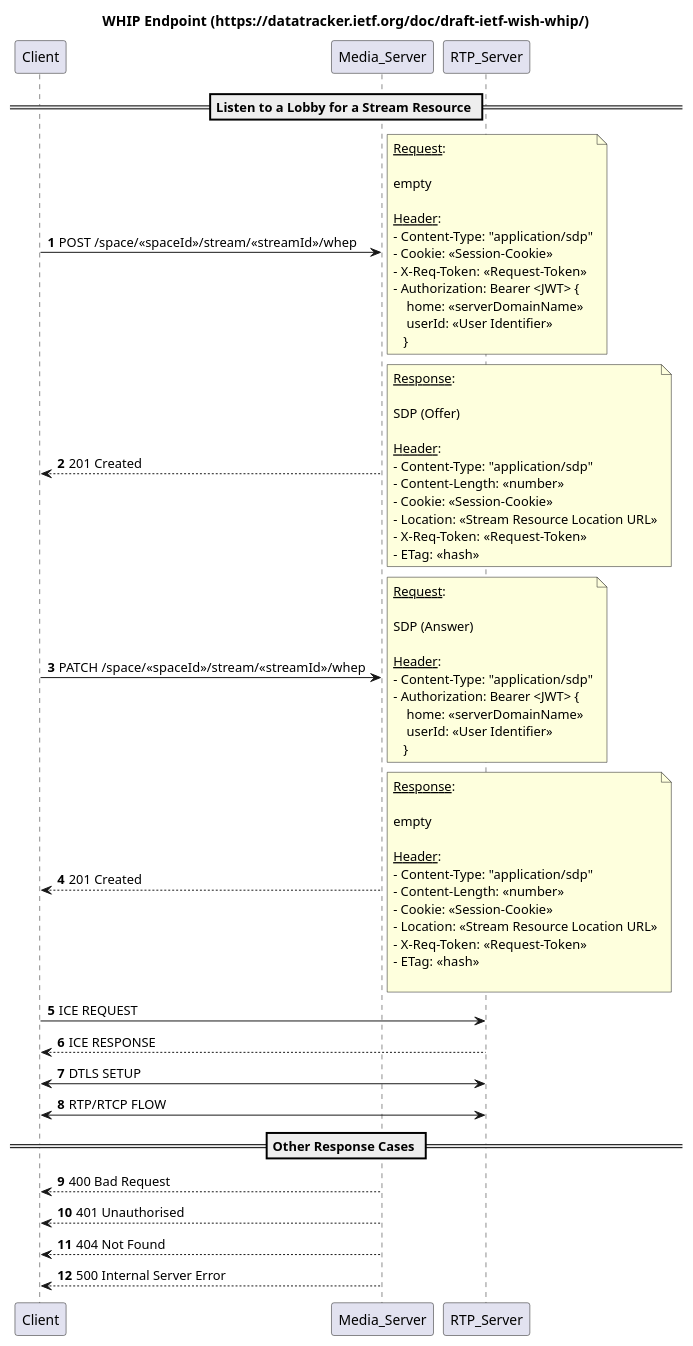
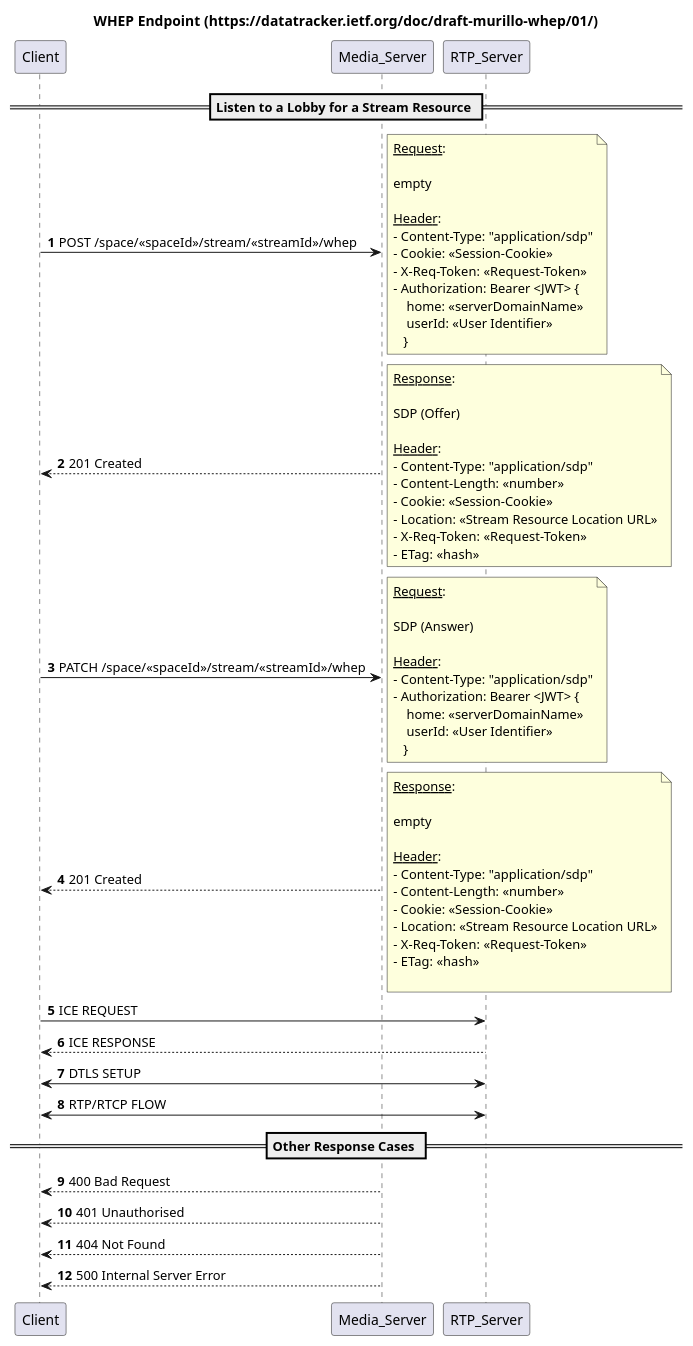
The diagram in docs/uml/sequence/lobby-listen-whep.puml (shigde/sfu), drawn with PlantUML before and after one commit. The commit also changed 8 other files, not shown here.

```diff
--- a/docs/uml/sequence/lobby-listen-whep.puml
+++ b/docs/uml/sequence/lobby-listen-whep.puml
@@ -1,82 +1,82 @@
 @startuml
 'https://plantuml.com/sequence-diagram
 
 
-title WHIP Endpoint (https://datatracker.ietf.org/doc/draft-ietf-wish-whip/)
+title WHEP Endpoint (https://datatracker.ietf.org/doc/draft-murillo-whep/01/)
 
 autonumber
 == Listen to a Lobby for a Stream Resource ==
 Client -> Media_Server: POST /space/<<spaceId>>/stream/<<streamId>>/whep
 note right
 __Request__:
 
 empty
 
 __Header__:
 - Content-Type: "application/sdp"
 - Cookie: <<Session-Cookie>>
 - X-Req-Token: <<Request-Token>>
 - Authorization: Bearer <JWT> {
     home: <<serverDomainName>>
     userId: <<User Identifier>>
    }
 end note
 
 Client <-- Media_Server: 201 Created
 note right
 __Response__:
 
 SDP (Offer)
 
 __Header__:
 - Content-Type: "application/sdp"
 - Content-Length: <<number>>
 - Cookie: <<Session-Cookie>>
 - Location: <<Stream Resource Location URL>>
 - X-Req-Token: <<Request-Token>>
 - ETag: <<hash>>
 end note
 
 Client -> Media_Server: PATCH /space/<<spaceId>>/stream/<<streamId>>/whep
 note right
 __Request__:
 
 SDP (Answer)
 
 __Header__:
 - Content-Type: "application/sdp"
 - Authorization: Bearer <JWT> {
     home: <<serverDomainName>>
     userId: <<User Identifier>>
    }
 end note
 
 Client <-- Media_Server: 201 Created
 note right
 __Response__:
 
 empty
 
 __Header__:
 - Content-Type: "application/sdp"
 - Content-Length: <<number>>
 - Cookie: <<Session-Cookie>>
 - Location: <<Stream Resource Location URL>>
 - X-Req-Token: <<Request-Token>>
 - ETag: <<hash>>
 
 end note
 
 Client -> RTP_Server:  ICE REQUEST
 Client <-- RTP_Server: ICE RESPONSE
 Client <-> RTP_Server: DTLS SETUP
 Client <-> RTP_Server: RTP/RTCP FLOW
 
 == Other Response Cases ==
 
 Client <-- Media_Server: 400 Bad Request
 Client <-- Media_Server: 401 Unauthorised
 Client <-- Media_Server: 404 Not Found
 Client <-- Media_Server: 500 Internal Server Error
 
 @enduml
```
